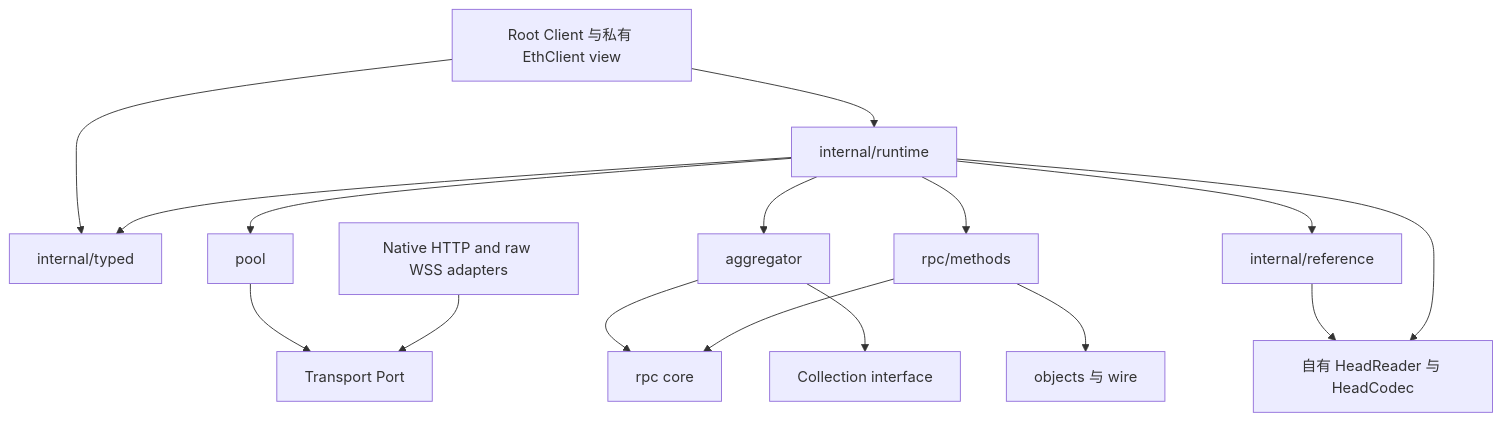
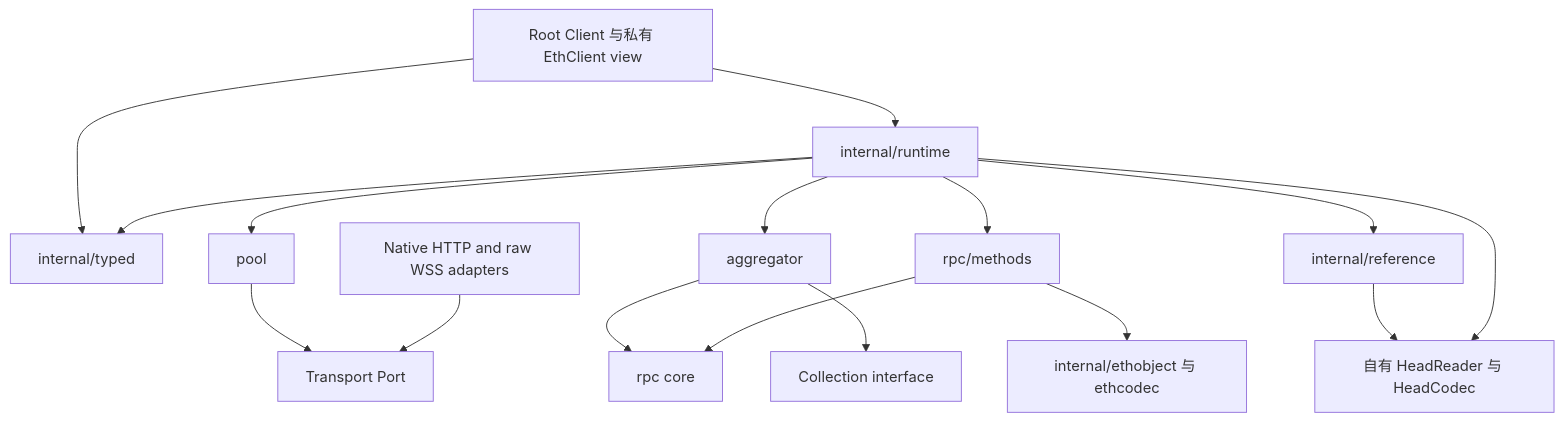
One commit to codermaybe/ethguard changed the diagram in docs/design/codebase-topology.md. Above: the diagram before and after it, drawn with Mermaid. The commit also changed other lines of this file and 175 other files, not shown here.

Commit message:
refactor: unify Ethereum objects and split wire owners

````diff
--- a/docs/design/codebase-topology.md
+++ b/docs/design/codebase-topology.md
@@ -65,18 +66,18 @@
 ```mermaid
 flowchart TD
     Facade[Root Client 与私有 EthClient view] --> Runtime[internal/runtime]
     Facade --> Typed[internal/typed]
     Runtime --> Pool[pool]
     Runtime --> Aggregator[aggregator]
     Runtime --> Methods[rpc/methods]
     Runtime --> Reference[internal/reference]
     Runtime --> Typed
     Aggregator --> RPC[rpc core]
     Aggregator --> Collection[Collection interface]
     Methods --> RPC
-    Methods --> Objects[objects 与 wire]
+    Methods --> Objects[internal/ethobject 与 ethcodec]
     Pool --> Port[Transport Port]
     Adapters[Native HTTP and raw WSS adapters] --> Port
     Reference --> HeadPorts[自有 HeadReader 与 HeadCodec]
     Runtime --> HeadPorts
 ```
````
